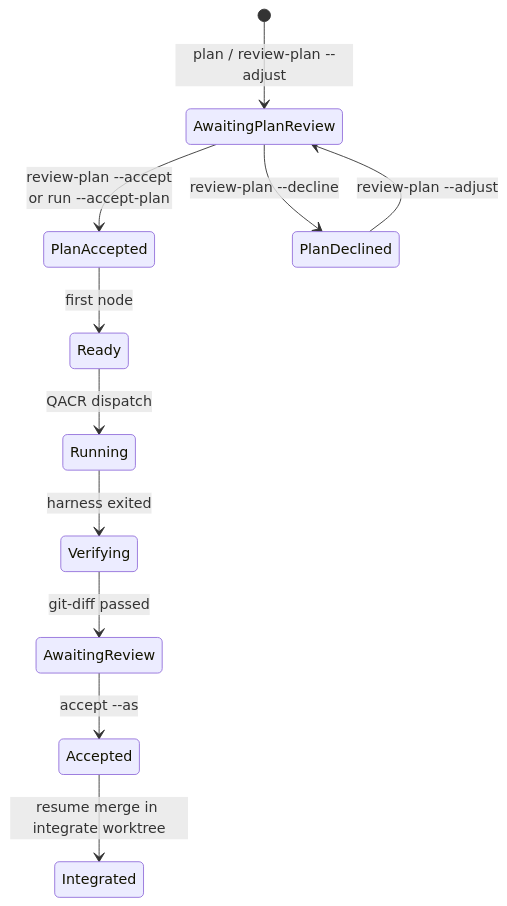
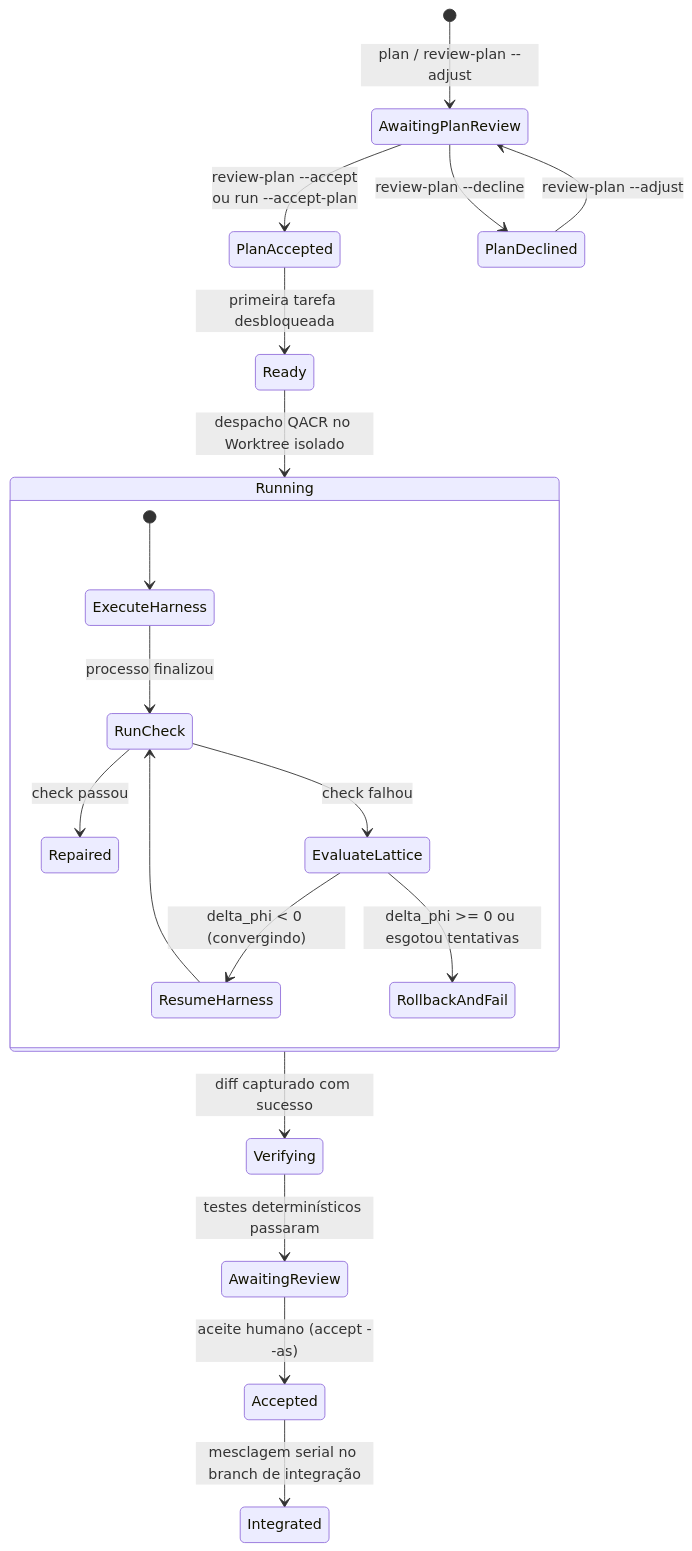
One commit to smota/meshloop changed the third of 3 diagrams in docs/architecture/overview.md. Above: the diagram before and after it, drawn with Mermaid. The commit also changed other lines of this file and 11 other files, not shown here.

First line of the commit message:
docs: modernize architecture and product vision for closed-loop agent environment

````diff
--- a/docs/architecture/overview.md
+++ b/docs/architecture/overview.md
@@ -49,13 +110,25 @@
 ```mermaid
 stateDiagram-v2
   [*] --> AwaitingPlanReview: plan / review-plan --adjust
-  AwaitingPlanReview --> PlanAccepted: review-plan --accept<br/>or run --accept-plan
+  AwaitingPlanReview --> PlanAccepted: review-plan --accept<br/>ou run --accept-plan
   AwaitingPlanReview --> PlanDeclined: review-plan --decline
   PlanDeclined --> AwaitingPlanReview: review-plan --adjust
-  PlanAccepted --> Ready: first node
-  Ready --> Running: QACR dispatch
-  Running --> Verifying: harness exited
-  Verifying --> AwaitingReview: git-diff passed
-  AwaitingReview --> Accepted: accept --as
-  Accepted --> Integrated: resume merge in integrate worktree
+  
+  PlanAccepted --> Ready: primeira tarefa desbloqueada
+  Ready --> Running: despacho QACR no Worktree isolado
+  
+  state Running {
+    [*] --> ExecuteHarness
+    ExecuteHarness --> RunCheck: processo finalizou
+    RunCheck --> Repaired: check passou
+    RunCheck --> EvaluateLattice: check falhou
+    EvaluateLattice --> ResumeHarness: delta_phi < 0 (convergindo)
+    ResumeHarness --> RunCheck
+    EvaluateLattice --> RollbackAndFail: delta_phi >= 0 ou esgotou tentativas
+  }
+
+  Running --> Verifying: diff capturado com sucesso
+  Verifying --> AwaitingReview: testes determinísticos passaram
+  AwaitingReview --> Accepted: aceite humano (accept --as)
+  Accepted --> Integrated: mesclagem serial no branch de integração
 ```
````
